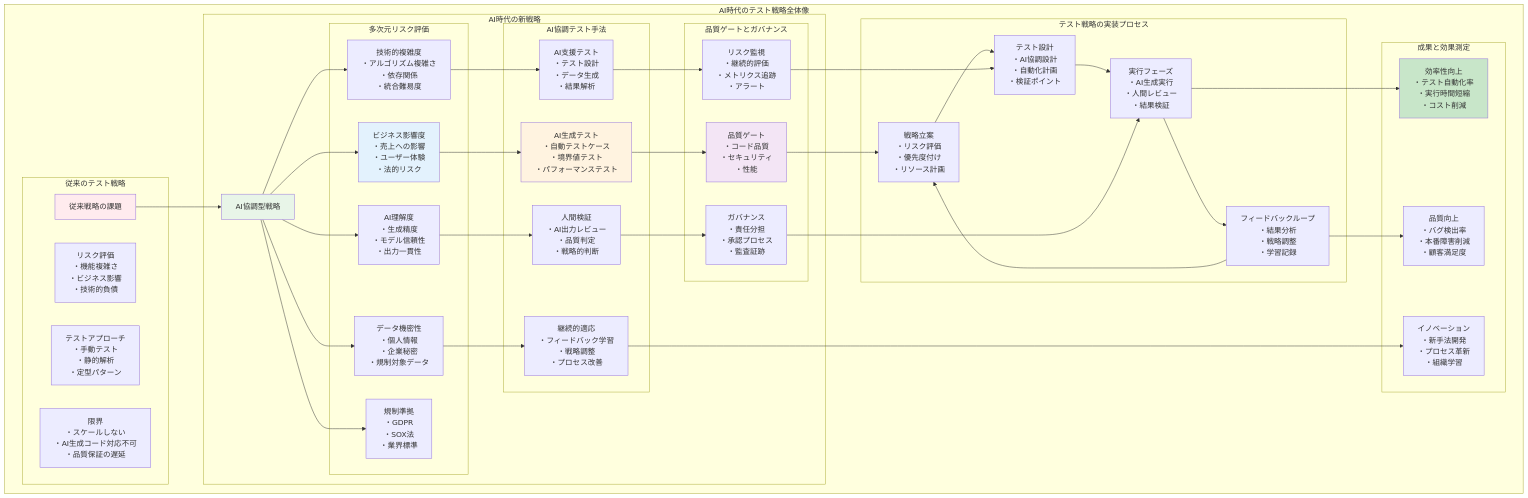
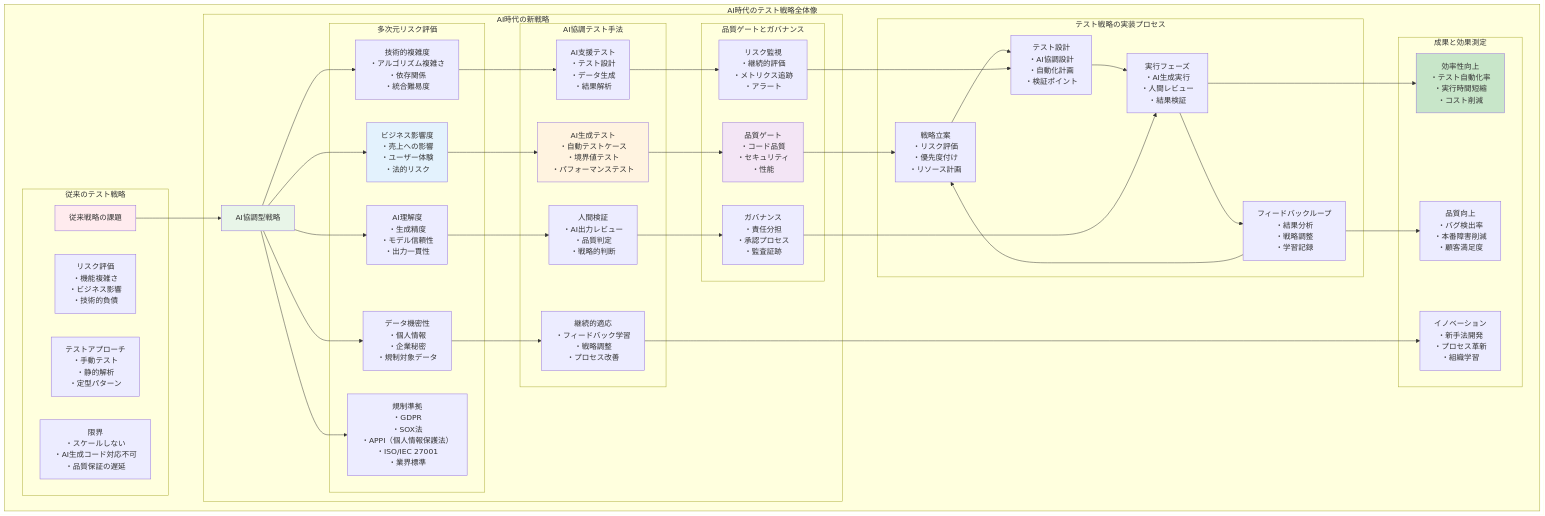
The diagram in docs/chapters/chapter-04-ai-testing-strategy/index.md (itdojp/ai-testing-strategy-book), drawn with Mermaid before and after one commit.

```diff
--- a/docs/chapters/chapter-04-ai-testing-strategy/index.md
+++ b/docs/chapters/chapter-04-ai-testing-strategy/index.md
@@ -29,7 +29,7 @@
                 TechnicalComplexity["技術的複雑度<br/>・アルゴリズム複雑さ<br/>・依存関係<br/>・統合難易度"]
                 AIUnderstanding["AI理解度<br/>・生成精度<br/>・モデル信頼性<br/>・出力一貫性"]
                 DataSensitivity["データ機密性<br/>・個人情報<br/>・企業秘密<br/>・規制対象データ"]
-                ComplianceRisk["規制準拠<br/>・GDPR<br/>・SOX法<br/>・業界標準"]
+                ComplianceRisk["規制準拠<br/>・GDPR<br/>・SOX法<br/>・APPI（個人情報保護法）<br/>・ISO/IEC 27001<br/>・業界標準"]
             end
             
             subgraph "AI協調テスト手法"
```
